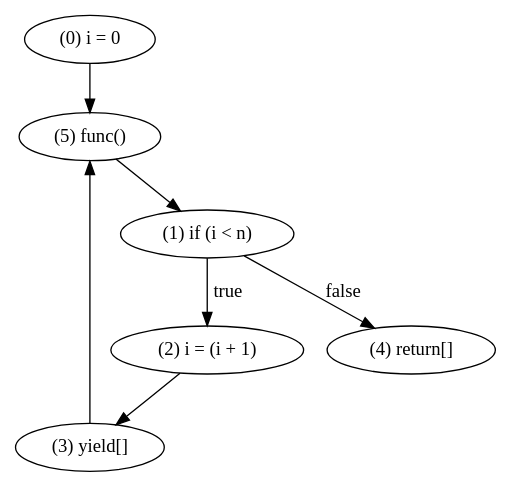
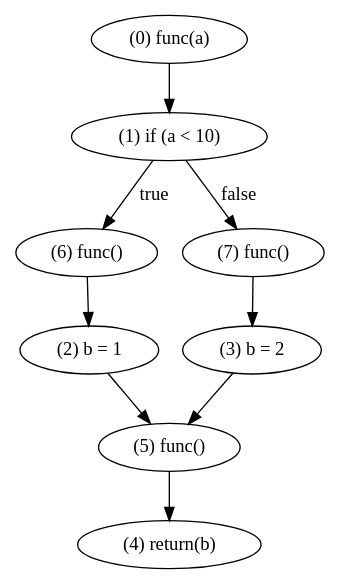
One commit to WorldofKerry/ToHDL changed the diagram in crates/passes/insert_func_nodes.dot. Above: the diagram before and after it, drawn with Graphviz. The commit also changed 7 other files, not shown here.

```diff
--- a/crates/passes/insert_func_nodes.dot
+++ b/crates/passes/insert_func_nodes.dot
@@ -1,14 +1,18 @@
 digraph {
-    0 [ label = "(0) i = 0" ]
-    1 [ label = "(1) if (i < n)" ]
-    2 [ label = "(2) i = (i + 1)" ]
-    3 [ label = "(3) yield[]" ]
-    4 [ label = "(4) return[]" ]
+    0 [ label = "(0) func(a)" ]
+    1 [ label = "(1) if (a < 10)" ]
+    2 [ label = "(2) b = 1" ]
+    3 [ label = "(3) b = 2" ]
+    4 [ label = "(4) return(b)" ]
     5 [ label = "(5) func()" ]
-    0 -> 5 [ label = "" ]
-    1 -> 4 [ label = "false" ]
-    1 -> 2 [ label = "true" ]
-    2 -> 3 [ label = "" ]
+    6 [ label = "(6) func()" ]
+    7 [ label = "(7) func()" ]
+    0 -> 1 [ label = "" ]
+    1 -> 7 [ label = "false" ]
+    1 -> 6 [ label = "true" ]
+    2 -> 5 [ label = "" ]
     3 -> 5 [ label = "" ]
-    5 -> 1 [ label = "" ]
+    5 -> 4 [ label = "" ]
+    6 -> 2 [ label = "" ]
+    7 -> 3 [ label = "" ]
 }
```
